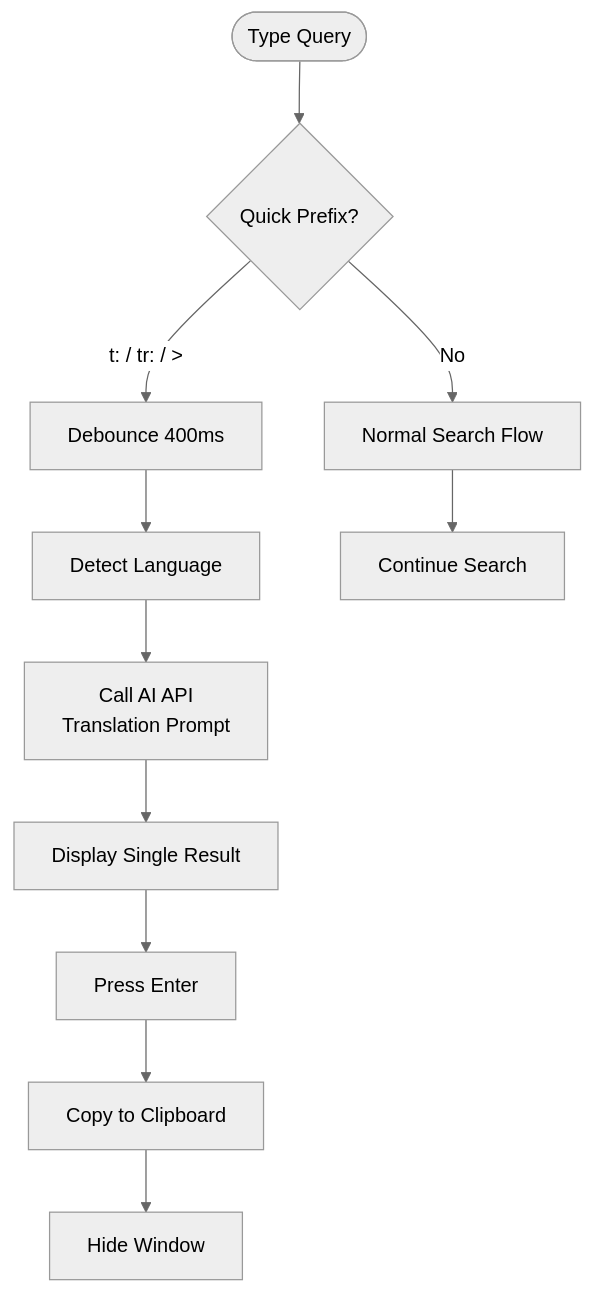
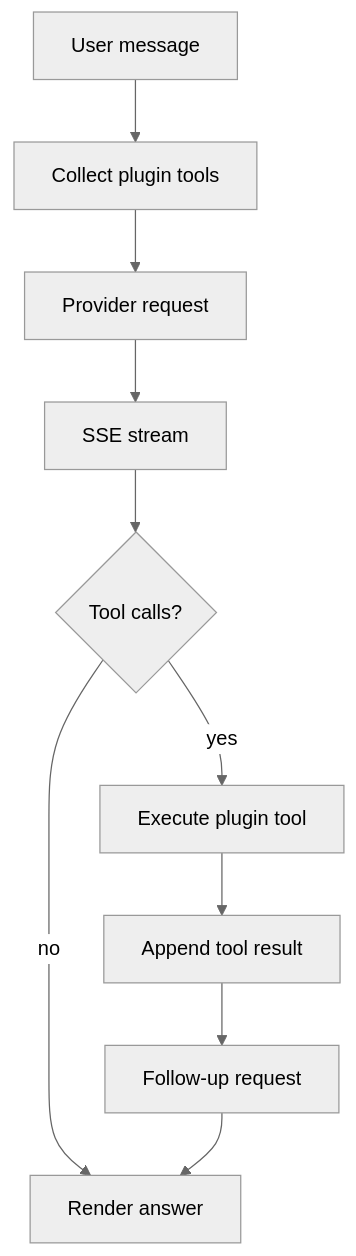
Before and after one commit to RickyDane/gquick: the second of 3 diagrams in arch/diagrams/flow.md, drawn with Mermaid (neutral theme). The commit also changed other lines of this file and 44 other files, not shown here.

````diff
--- a/arch/diagrams/flow.md
+++ b/arch/diagrams/flow.md
@@ -126,14 +21,12 @@
 ```mermaid
 flowchart TD
-    Start([Type Query]) --> Prefix{Quick Prefix?}
-    Prefix -->|t: / tr: / >| Debounce[Debounce 400ms]
-    Prefix -->|No| Normal[Normal Search Flow]
-    Debounce --> Detect[Detect Language]
-    Detect --> API[Call AI API
-    Translation Prompt]
-    API --> Result[Display Single Result]
-    Result --> Enter[Press Enter]
-    Enter --> Copy[Copy to Clipboard]
-    Copy --> Hide[Hide Window]
-    Normal --> NormalEnd[Continue Search]
+  UserMsg[User message] --> Tools[Collect plugin tools]
+  Tools --> Request[Provider request]
+  Request --> Stream[SSE stream]
+  Stream --> Calls{Tool calls?}
+  Calls -->|no| Answer[Render answer]
+  Calls -->|yes| Exec[Execute plugin tool]
+  Exec --> ToolResult[Append tool result]
+  ToolResult --> Request2[Follow-up request]
+  Request2 --> Answer
 ```
````
